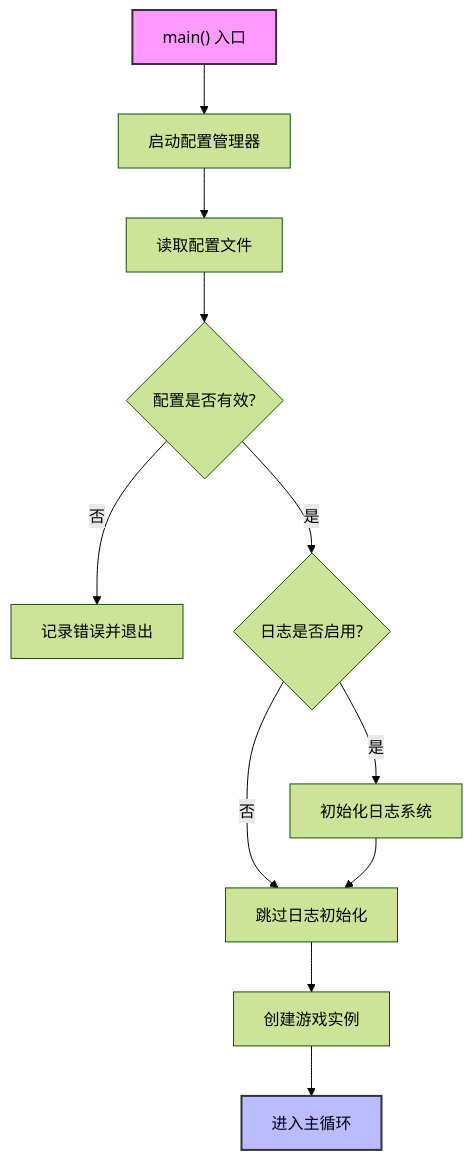
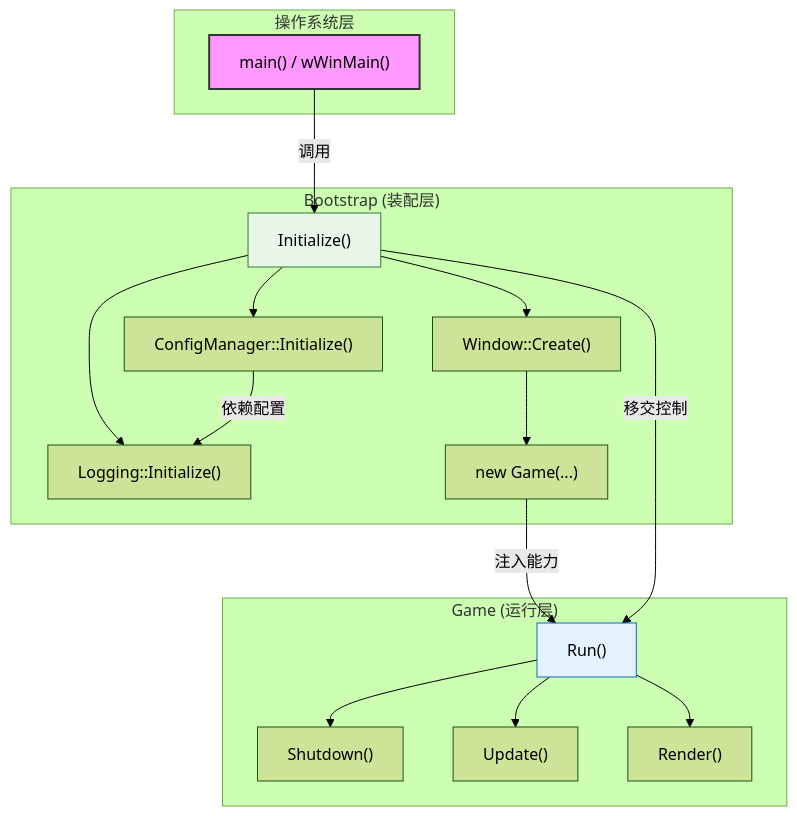
One commit to Gunxzq/DX12_Base changed the first of 5 diagrams in Docs/Engine/Bootstrap.md. Above: the diagram before and after it, drawn with Mermaid (forest theme). The commit also changed other lines of this file and 2 other files, not shown here.

````diff
--- a/Docs/Engine/Bootstrap.md
+++ b/Docs/Engine/Bootstrap.md
@@ -48,16 +52,38 @@
 ```mermaid
-graph TD
-    A["main() 入口"] --> B["启动配置管理器"]
-    B --> C["读取配置文件"]
-    C --> D{"配置是否有效?"}
-    D -- 否 --> E["记录错误并退出"]
-    D -- 是 --> F{"日志是否启用?"}
-    F -- 是 --> G["初始化日志系统"]
-    F -- 否 --> H["跳过日志初始化"]
+graph TB
+    subgraph "操作系统层"
+        A["main() / wWinMain()"]
+    end
+
+    subgraph "Bootstrap (装配层)"
+        B["Initialize()"]
+        C["ConfigManager::Initialize()"]
+        D["Logging::Initialize()"]
+        E["Window::Create()"]
+        F["new Game(...)"]
+    end
+
+    subgraph "Game (运行层)"
+        G["Run()"]
+        H["Shutdown()"]
+        I["Update()"]
+        J["Render()"]
+    end
+
+    A -->|"调用"| B
+    B --> C
+    B --> D
+    B --> E
+    C -->|"依赖配置"| D
+    E --> F
+    F -->|"注入能力"| G
+    B -->|"移交控制"| G
+
+    G --> I
+    G --> J
     G --> H
-    H --> I["创建游戏实例"]
-    I --> J["进入主循环"]
 
     style A fill:#f9f,stroke:#333,stroke-width:2px
-    style J fill:#bbf,stroke:#333,stroke-width:2px
+    style B fill:#e8f5e9,stroke:#2e7d32
+    style G fill:#e3f2fd,stroke:#1565c0
 ```
````
